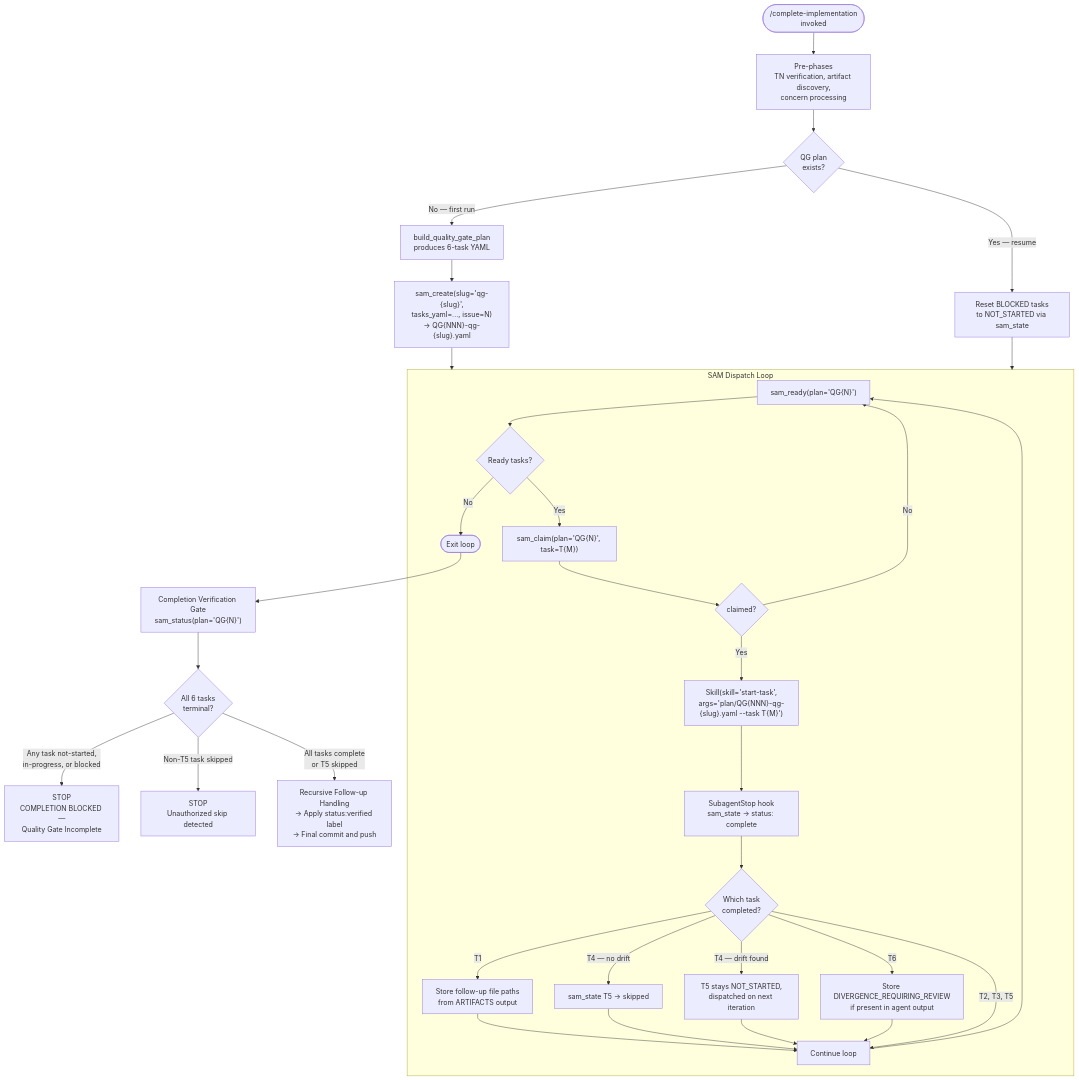
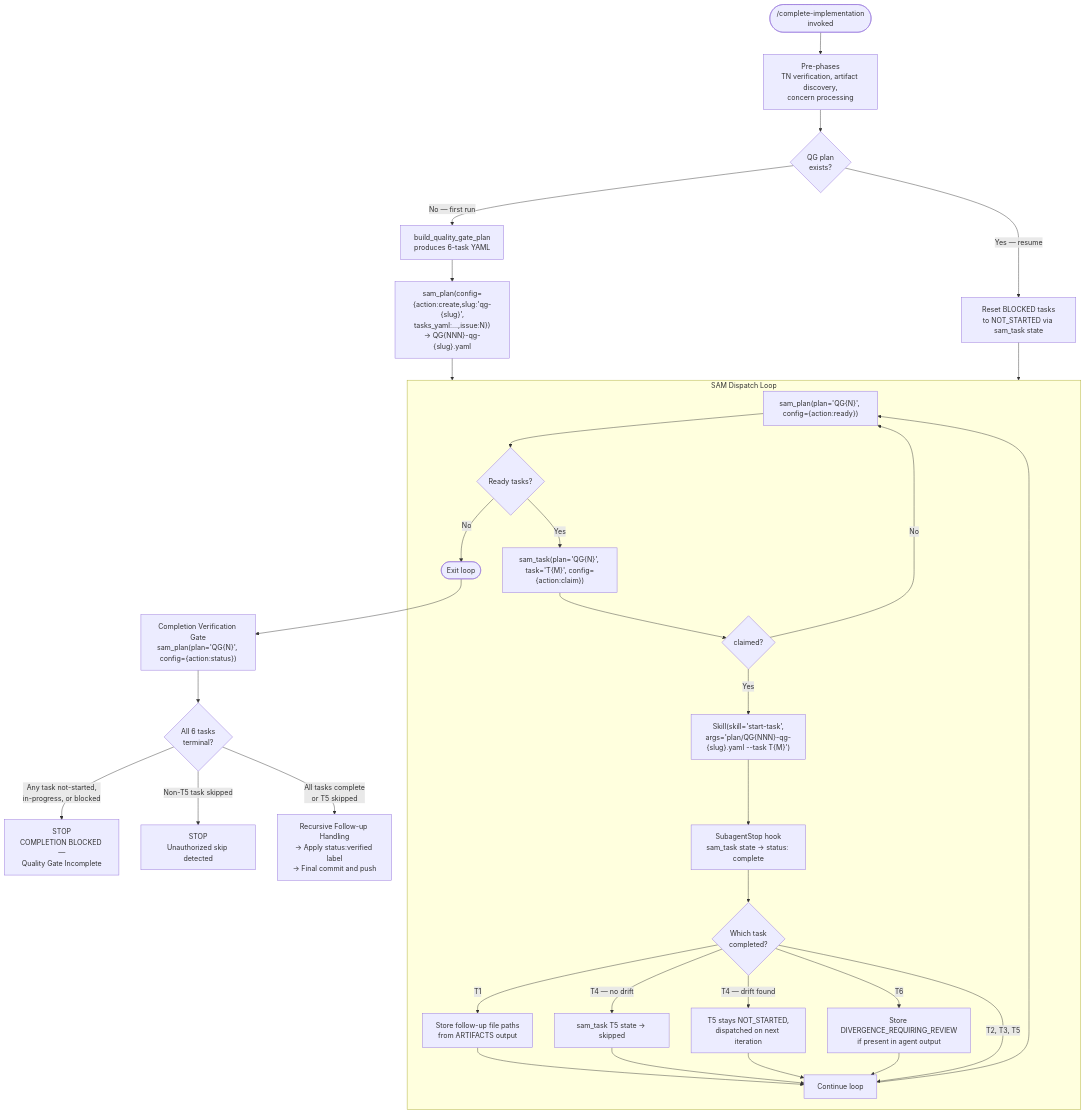
Before and after one commit to chgreer1070/claude_skills: the fourth of 4 diagrams in plugins/development-harness/docs/workflow-architecture-diagram.md, drawn with Mermaid. The commit also changed other lines of this file and 3 other files, not shown here.

First line of the commit message:
docs(sam): update TASK_FILE_FORMAT and workflow-architecture-diagram for 3-tool interface (P1601/T15)

````diff
--- a/plugins/development-harness/docs/workflow-architecture-diagram.md
+++ b/plugins/development-harness/docs/workflow-architecture-diagram.md
@@ -368,37 +374,37 @@
 ```mermaid
 flowchart TD
     Start(["/complete-implementation<br>invoked"]) --> PrePhase["Pre-phases<br>TN verification, artifact discovery,<br>concern processing"]
     PrePhase --> CheckQG{QG plan<br>exists?}
     CheckQG -->|"No — first run"| GenYAML["build_quality_gate_plan<br>produces 6-task YAML"]
-    GenYAML --> CreatePlan["sam_create(slug='qg-{slug}',<br>tasks_yaml=..., issue=N)<br>→ QG{NNN}-qg-{slug}.yaml"]
-    CheckQG -->|"Yes — resume"| ResetBlocked["Reset BLOCKED tasks<br>to NOT_STARTED via sam_state"]
+    GenYAML --> CreatePlan["sam_plan(config={action:create,slug:'qg-{slug}',<br>tasks_yaml:...,issue:N})<br>→ QG{NNN}-qg-{slug}.yaml"]
+    CheckQG -->|"Yes — resume"| ResetBlocked["Reset BLOCKED tasks<br>to NOT_STARTED via sam_task state"]
     CreatePlan --> DispatchLoop
     ResetBlocked --> DispatchLoop
 
     subgraph DispatchLoop [SAM Dispatch Loop]
-        Ready["sam_ready(plan='QG{N}')"] --> AnyReady{Ready tasks?}
+        Ready["sam_plan(plan='QG{N}', config={action:ready})"] --> AnyReady{Ready tasks?}
         AnyReady -->|No| ExitLoop([Exit loop])
-        AnyReady -->|Yes| Claim["sam_claim(plan='QG{N}', task=T{M})"]
+        AnyReady -->|Yes| Claim["sam_task(plan='QG{N}', task='T{M}', config={action:claim})"]
         Claim --> ClaimedOK{claimed?}
         ClaimedOK -->|No| Ready
         ClaimedOK -->|Yes| Dispatch["Skill(skill='start-task',<br>args='plan/QG{NNN}-qg-{slug}.yaml --task T{M}')"]
-        Dispatch --> Hook["SubagentStop hook<br>sam_state → status: complete"]
+        Dispatch --> Hook["SubagentStop hook<br>sam_task state → status: complete"]
         Hook --> PostDispatch{Which task<br>completed?}
         PostDispatch -->|T1| StoreFollowups["Store follow-up file paths<br>from ARTIFACTS output"]
-        PostDispatch -->|"T4 — no drift"| SkipT5["sam_state T5 → skipped"]
+        PostDispatch -->|"T4 — no drift"| SkipT5["sam_task T5 state → skipped"]
         PostDispatch -->|"T4 — drift found"| T5Ready["T5 stays NOT_STARTED,<br>dispatched on next iteration"]
         PostDispatch -->|T6| StoreDiv["Store DIVERGENCE_REQUIRING_REVIEW<br>if present in agent output"]
         PostDispatch -->|T2, T3, T5| NextIter["Continue loop"]
         StoreFollowups --> NextIter
         SkipT5 --> NextIter
         T5Ready --> NextIter
         StoreDiv --> NextIter
         NextIter --> Ready
     end
 
-    ExitLoop --> VGate["Completion Verification Gate<br>sam_status(plan='QG{N}')"]
+    ExitLoop --> VGate["Completion Verification Gate<br>sam_plan(plan='QG{N}', config={action:status})"]
     VGate --> VerifyAll{All 6 tasks<br>terminal?}
     VerifyAll -->|"Any task not-started,<br>in-progress, or blocked"| BlockFail["STOP<br>COMPLETION BLOCKED —<br>Quality Gate Incomplete"]
     VerifyAll -->|"Non-T5 task skipped"| BlockUnauth["STOP<br>Unauthorized skip detected"]
     VerifyAll -->|"All tasks complete<br>or T5 skipped"| PostLoop["Recursive Follow-up Handling<br>→ Apply status:verified label<br>→ Final commit and push"]
 ```
````
